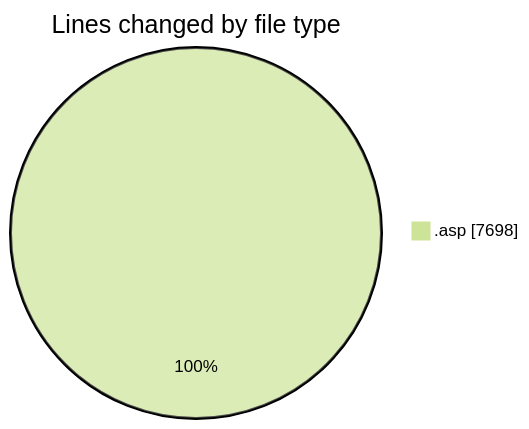
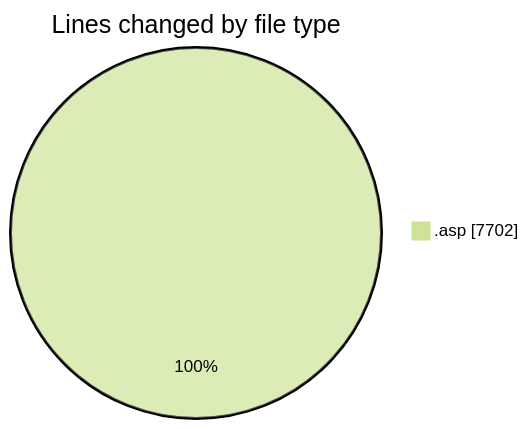
The first of 2 diagrams in 2025-10-31/cdp_aleoudev_fr__workspace_/README.md (julien-gomy/code-tracking), drawn with Mermaid (forest theme) before and after one commit. The commit also changed other lines of this file and 1 other file, not shown here.

````diff
--- a/2025-10-31/cdp_aleoudev_fr__workspace_/README.md
+++ b/2025-10-31/cdp_aleoudev_fr__workspace_/README.md
@@ -25,5 +25,5 @@
 ```mermaid
 pie showData
 title Lines changed by file type
-".asp" : 7698
+".asp" : 7702
 ```
````
